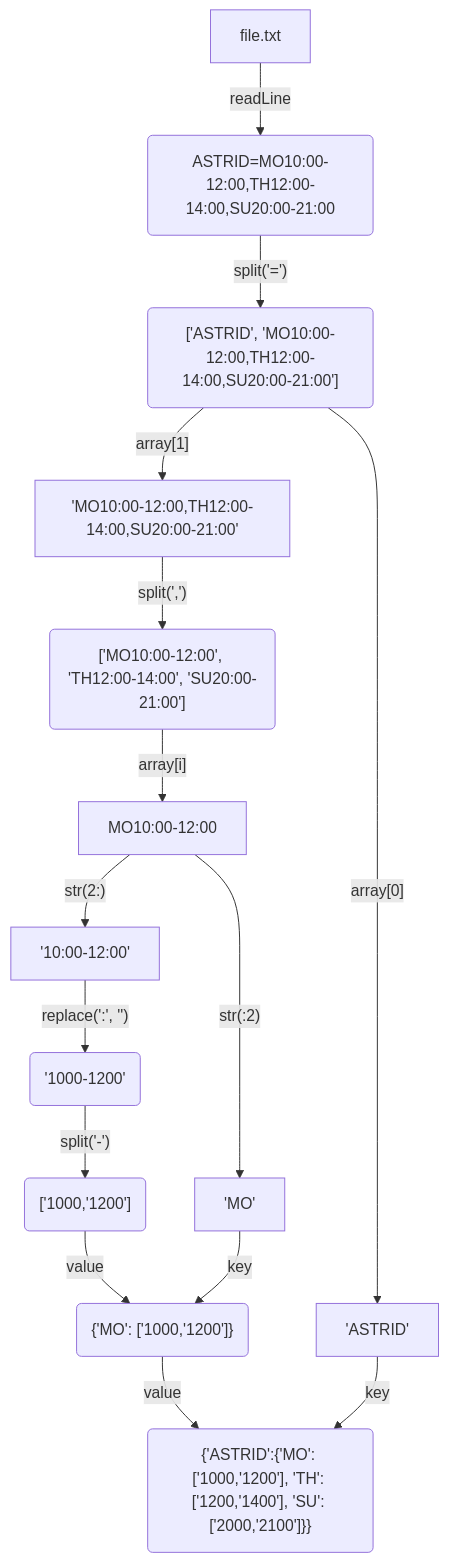
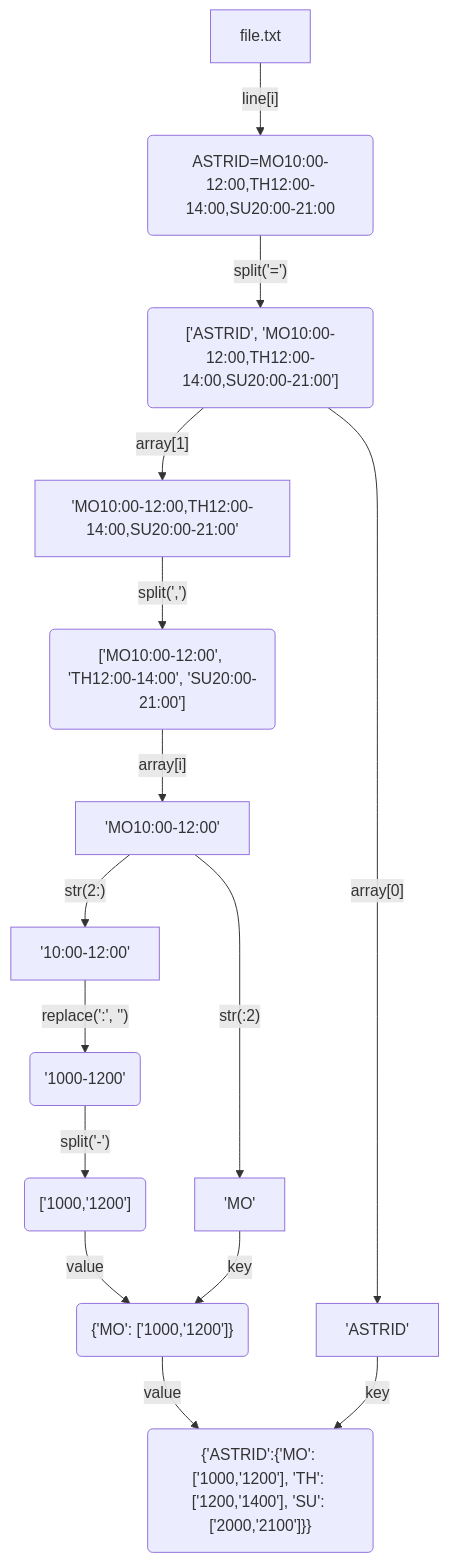
The first of 3 diagrams in README.md (mrmango1/programing-exercise), drawn with Mermaid before and after one commit. The commit also changed other lines of this file, not shown here.

````diff
--- a/README.md
+++ b/README.md
@@ -71,17 +139,17 @@
 ```mermaid
 flowchart TD
-A[file.txt] -->|readLine| B("ASTRID=MO10:00-12:00,TH12:00-14:00,SU20:00-21:00")
+A[file.txt] -->|"line[i]"| B("ASTRID=MO10:00-12:00,TH12:00-14:00,SU20:00-21:00")
 B-->|"split('=')"| C("['ASTRID', 'MO10:00-12:00,TH12:00-14:00,SU20:00-21:00']")
 C-->|"array[0]"| D["'ASTRID'"]
 C-->|"array[1]"| E["'MO10:00-12:00,TH12:00-14:00,SU20:00-21:00'"]
 E--> |"split(',')"| F("['MO10:00-12:00', 'TH12:00-14:00', 'SU20:00-21:00']")
-F--> |"array[i]"| H["MO10:00-12:00"]
+F--> |"array[i]"| H["'MO10:00-12:00'"]
 H--> |"str(:2)"| G["'MO'"]
 H--> |"str(2:)"| I["'10:00-12:00'"]
 I--> |"replace(':', '')"| K("'1000-1200'")
 K--> |"split('-')"| M("['1000,'1200']")
 M--> |"value"| N("{'MO': ['1000,'1200']}")
 G--> |"key"| N
 N--> |"value"| O 
 D--> |"key"| O("{'ASTRID':{'MO': ['1000,'1200'], 'TH': ['1200,'1400'], 'SU': ['2000,'2100']}}")
 ```
````
